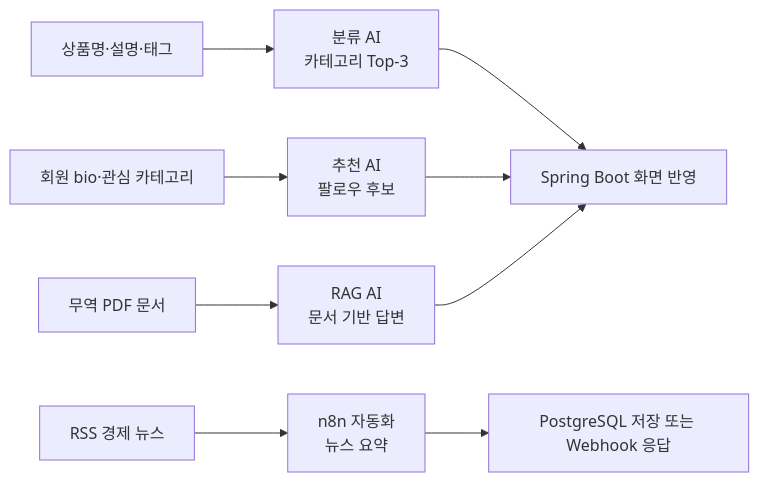
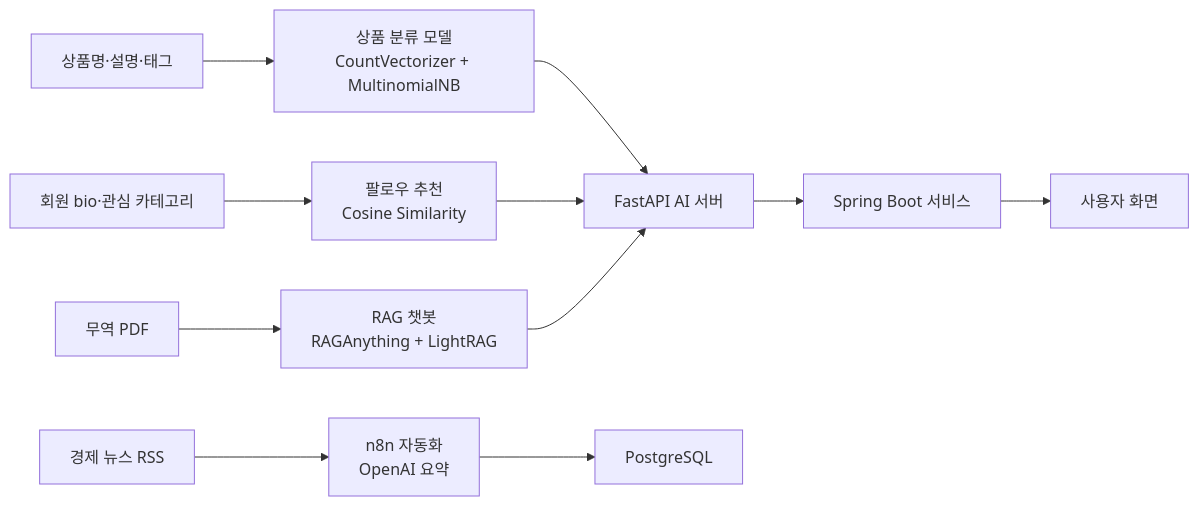
One commit to tomatosugarpickled/announcement-_ai changed the first of 5 diagrams in README.md. Above: the diagram before and after it, drawn with Mermaid. The commit also changed other lines of this file, not shown here.

````diff
--- a/README.md
+++ b/README.md
@@ -45,12 +52,14 @@
 ```mermaid
 flowchart LR
-    A["상품명·설명·태그"] --> B["분류 AI<br/>카테고리 Top-3"]
-    C["회원 bio·관심 카테고리"] --> D["추천 AI<br/>팔로우 후보"]
-    E["무역 PDF 문서"] --> F["RAG AI<br/>문서 기반 답변"]
-    G["RSS 경제 뉴스"] --> H["n8n 자동화<br/>뉴스 요약"]
+    Product["상품명·설명·태그"] --> Classifier["상품 분류 모델<br/>CountVectorizer + MultinomialNB"]
+    Member["회원 bio·관심 카테고리"] --> Recommender["팔로우 추천<br/>Cosine Similarity"]
+    PDF["무역 PDF"] --> RAG["RAG 챗봇<br/>RAGAnything + LightRAG"]
+    News["경제 뉴스 RSS"] --> N8N["n8n 자동화<br/>OpenAI 요약"]
 
-    B --> I["Spring Boot 화면 반영"]
-    D --> I
-    F --> I
-    H --> J["PostgreSQL 저장 또는 Webhook 응답"]
+    Classifier --> FastAPI["FastAPI AI 서버"]
+    Recommender --> FastAPI
+    RAG --> FastAPI
+    N8N --> DB["PostgreSQL"]
+    FastAPI --> Spring["Spring Boot 서비스"]
+    Spring --> UI["사용자 화면"]
 ```
````
